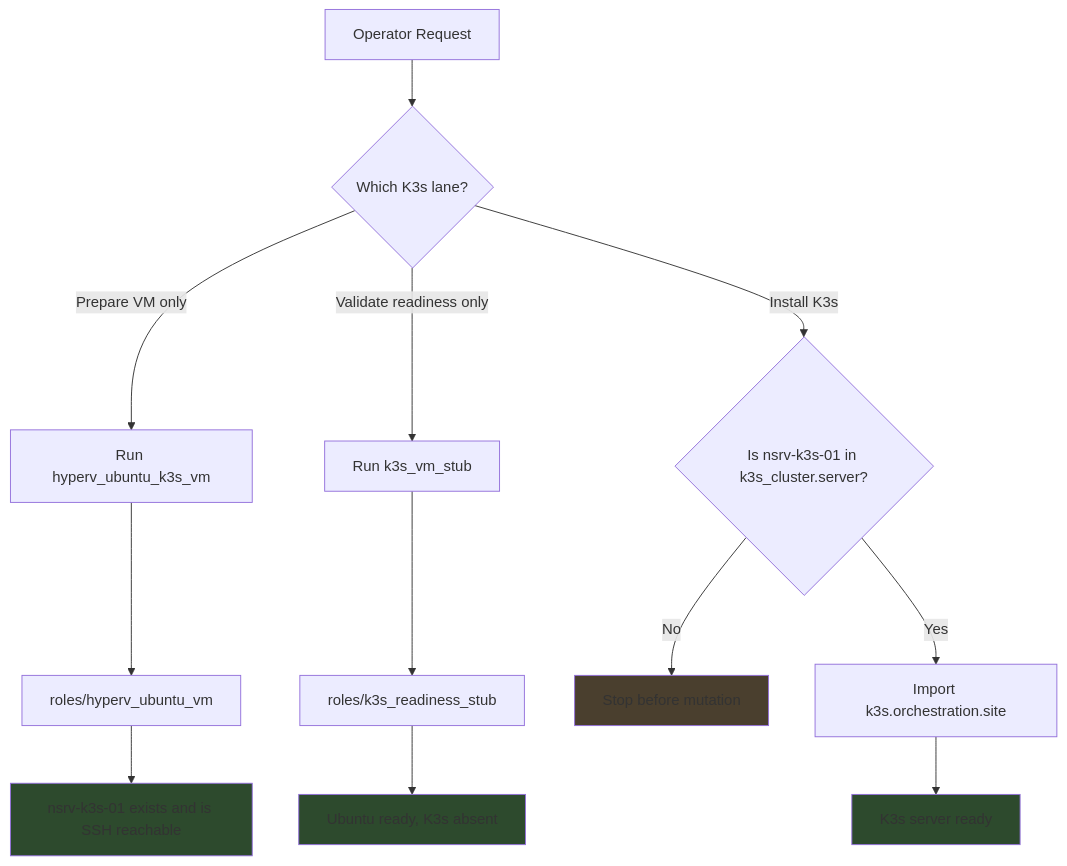
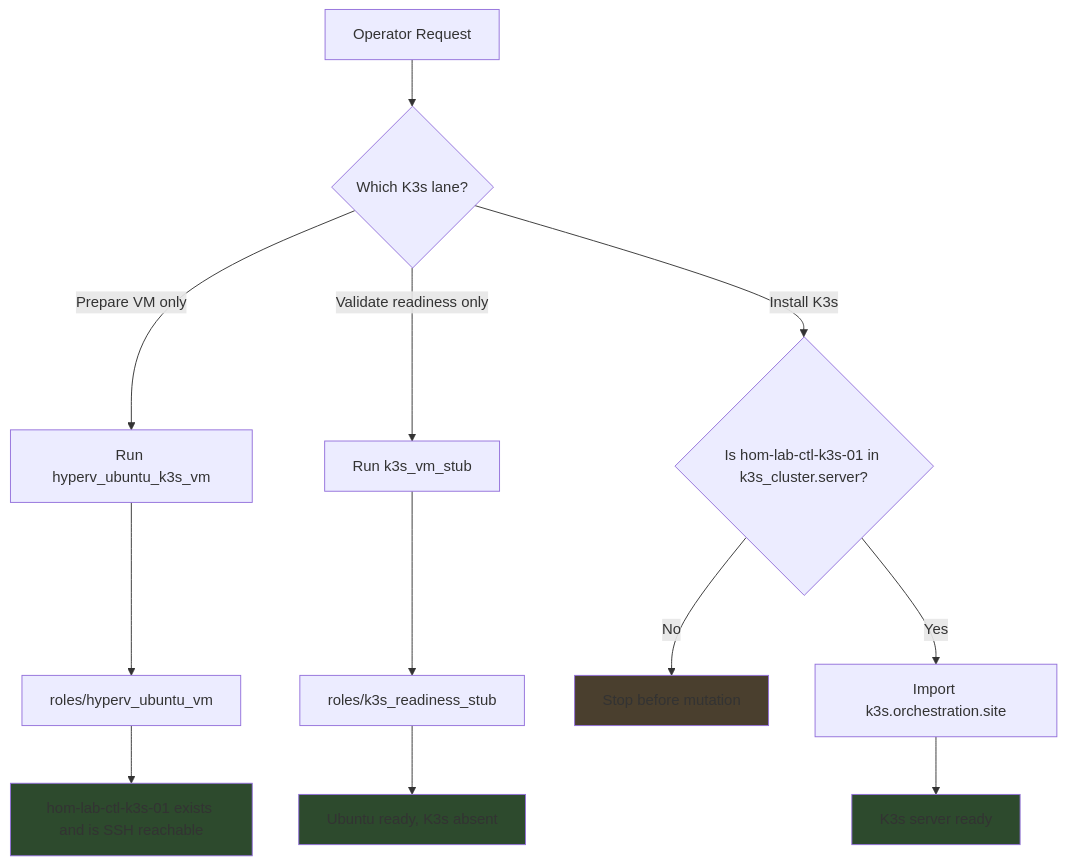
The second of 2 diagrams in docs/intake/k3s-hyperv-ubuntu-vm-blueprint.md (doesitscript/dotfile-vnext), drawn with Mermaid before and after one commit. The commit also changed other lines of this file and 190 other files, not shown here.

````diff
--- a/docs/intake/k3s-hyperv-ubuntu-vm-blueprint.md
+++ b/docs/intake/k3s-hyperv-ubuntu-vm-blueprint.md
@@ -104,24 +104,24 @@
 ```mermaid
 graph TB
     request[Operator Request]
     request --> classify{Which K3s lane?}
 
     classify -->|"Prepare VM only"| vm_prep[Run hyperv_ubuntu_k3s_vm]
     classify -->|"Validate readiness only"| stub_check[Run k3s_vm_stub]
-    classify -->|"Install K3s"| install_guard{Is nsrv-k3s-01 in k3s_cluster.server?}
+    classify -->|"Install K3s"| install_guard{Is hom-lab-ctl-k3s-01 in k3s_cluster.server?}
 
     vm_prep --> vm_role[roles/hyperv_ubuntu_vm]
-    vm_role --> vm_ready[nsrv-k3s-01 exists and is SSH reachable]
+    vm_role --> vm_ready[hom-lab-ctl-k3s-01 exists and is SSH reachable]
 
     stub_check --> stub_role[roles/k3s_readiness_stub]
     stub_role --> stub_ready[Ubuntu ready, K3s absent]
 
     install_guard -->|"No"| stop_install[Stop before mutation]
     install_guard -->|"Yes"| real_install[Import k3s.orchestration.site]
     real_install --> cluster_ready[K3s server ready]
 
     style stop_install fill:#4a3f2e
     style vm_ready fill:#2d4a2d
     style stub_ready fill:#2d4a2d
     style cluster_ready fill:#2d4a2d
 ```
````
